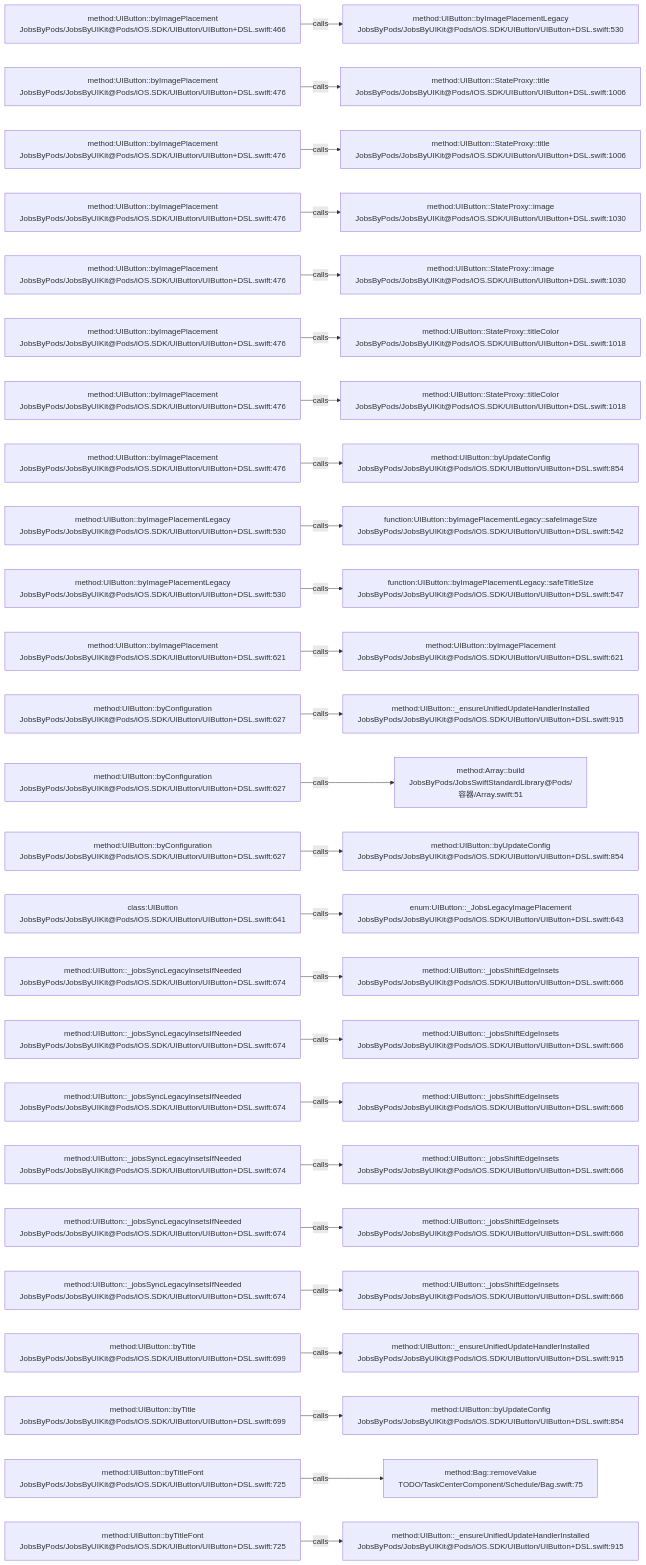
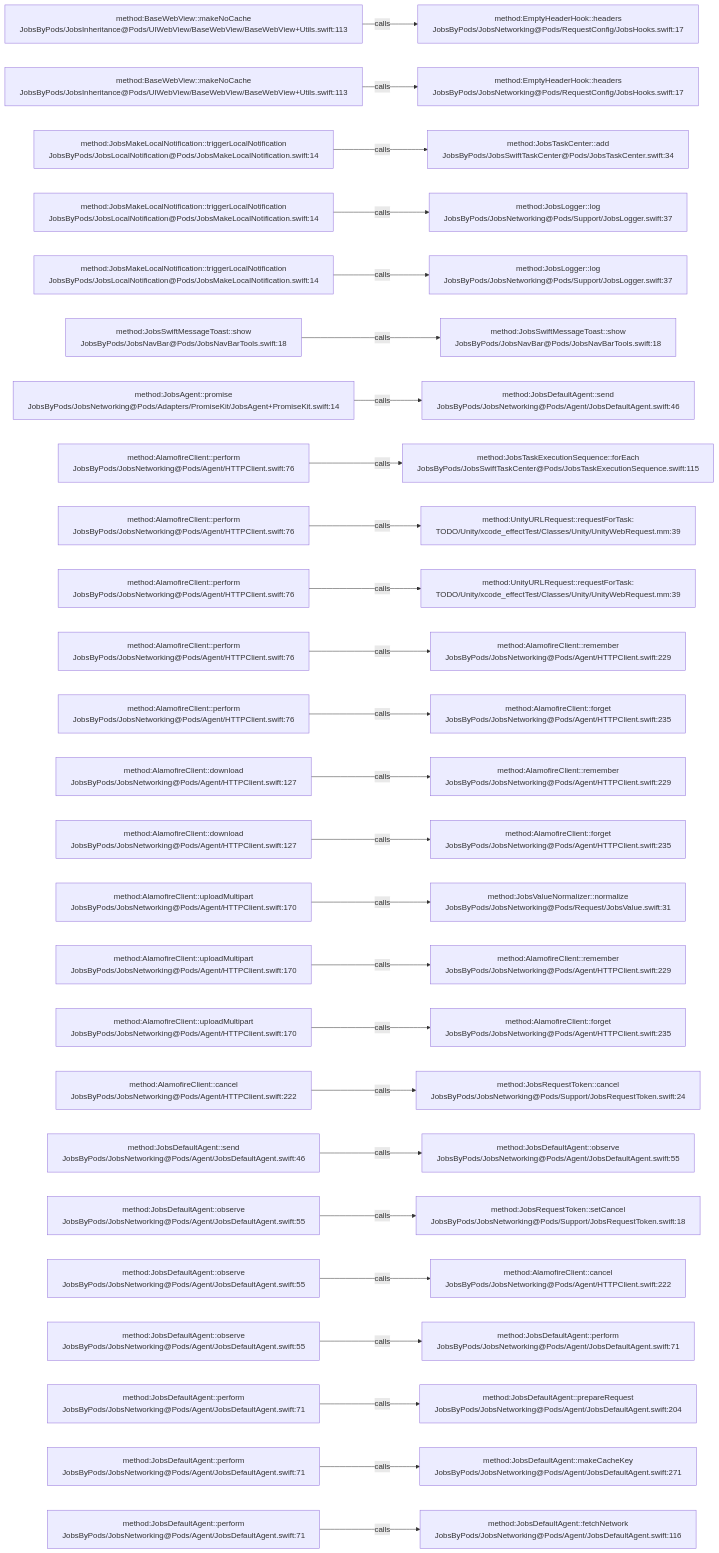
One commit to JobsKits/JobsSwiftBaseConfigDemo changed the diagram in .codegraph/codegraph.md/graphs/calls-036.md. Above: the diagram before and after it, drawn with Mermaid. The commit also changed 569 other files, not shown here.

````diff
--- a/.codegraph/codegraph.md/graphs/calls-036.md
+++ b/.codegraph/codegraph.md/graphs/calls-036.md
@@ -13,78 +13,78 @@
 ```mermaid
 flowchart LR
-  S1["method:UIButton::byImagePlacement<br/>JobsByPods/JobsByUIKit@Pods/iOS.SDK/UIButton/UIButton+DSL.swift:466"]
-  T1["method:UIButton::byImagePlacementLegacy<br/>JobsByPods/JobsByUIKit@Pods/iOS.SDK/UIButton/UIButton+DSL.swift:530"]
+  S1["method:BaseWebView::makeNoCache<br/>JobsByPods/JobsInheritance@Pods/UIWebView/BaseWebView/BaseWebView+Utils.swift:113"]
+  T1["method:EmptyHeaderHook::headers<br/>JobsByPods/JobsNetworking@Pods/RequestConfig/JobsHooks.swift:17"]
   S1 -->|calls| T1
-  S2["method:UIButton::byImagePlacement<br/>JobsByPods/JobsByUIKit@Pods/iOS.SDK/UIButton/UIButton+DSL.swift:476"]
-  T2["method:UIButton::StateProxy::title<br/>JobsByPods/JobsByUIKit@Pods/iOS.SDK/UIButton/UIButton+DSL.swift:1006"]
+  S2["method:BaseWebView::makeNoCache<br/>JobsByPods/JobsInheritance@Pods/UIWebView/BaseWebView/BaseWebView+Utils.swift:113"]
+  T2["method:EmptyHeaderHook::headers<br/>JobsByPods/JobsNetworking@Pods/RequestConfig/JobsHooks.swift:17"]
   S2 -->|calls| T2
-  S3["method:UIButton::byImagePlacement<br/>JobsByPods/JobsByUIKit@Pods/iOS.SDK/UIButton/UIButton+DSL.swift:476"]
-  T3["method:UIButton::StateProxy::title<br/>JobsByPods/JobsByUIKit@Pods/iOS.SDK/UIButton/UIButton+DSL.swift:1006"]
+  S3["method:JobsMakeLocalNotification::triggerLocalNotification<br/>JobsByPods/JobsLocalNotification@Pods/JobsMakeLocalNotification.swift:14"]
+  T3["method:JobsTaskCenter::add<br/>JobsByPods/JobsSwiftTaskCenter@Pods/JobsTaskCenter.swift:34"]
   S3 -->|calls| T3
-  S4["method:UIButton::byImagePlacement<br/>JobsByPods/JobsByUIKit@Pods/iOS.SDK/UIButton/UIButton+DSL.swift:476"]
-  T4["method:UIButton::StateProxy::image<br/>JobsByPods/JobsByUIKit@Pods/iOS.SDK/UIButton/UIButton+DSL.swift:1030"]
+  S4["method:JobsMakeLocalNotification::triggerLocalNotification<br/>JobsByPods/JobsLocalNotification@Pods/JobsMakeLocalNotification.swift:14"]
+  T4["method:JobsLogger::log<br/>JobsByPods/JobsNetworking@Pods/Support/JobsLogger.swift:37"]
   S4 -->|calls| T4
-  S5["method:UIButton::byImagePlacement<br/>JobsByPods/JobsByUIKit@Pods/iOS.SDK/UIButton/UIButton+DSL.swift:476"]
-  T5["method:UIButton::StateProxy::image<br/>JobsByPods/JobsByUIKit@Pods/iOS.SDK/UIButton/UIButton+DSL.swift:1030"]
+  S5["method:JobsMakeLocalNotification::triggerLocalNotification<br/>JobsByPods/JobsLocalNotification@Pods/JobsMakeLocalNotification.swift:14"]
+  T5["method:JobsLogger::log<br/>JobsByPods/JobsNetworking@Pods/Support/JobsLogger.swift:37"]
   S5 -->|calls| T5
-  S6["method:UIButton::byImagePlacement<br/>JobsByPods/JobsByUIKit@Pods/iOS.SDK/UIButton/UIButton+DSL.swift:476"]
-  T6["method:UIButton::StateProxy::titleColor<br/>JobsByPods/JobsByUIKit@Pods/iOS.SDK/UIButton/UIButton+DSL.swift:1018"]
+  S6["method:JobsSwiftMessageToast::show<br/>JobsByPods/JobsNavBar@Pods/JobsNavBarTools.swift:18"]
+  T6["method:JobsSwiftMessageToast::show<br/>JobsByPods/JobsNavBar@Pods/JobsNavBarTools.swift:18"]
   S6 -->|calls| T6
-  S7["method:UIButton::byImagePlacement<br/>JobsByPods/JobsByUIKit@Pods/iOS.SDK/UIButton/UIButton+DSL.swift:476"]
-  T7["method:UIButton::StateProxy::titleColor<br/>JobsByPods/JobsByUIKit@Pods/iOS.SDK/UIButton/UIButton+DSL.swift:1018"]
+  S7["method:JobsAgent::promise<br/>JobsByPods/JobsNetworking@Pods/Adapters/PromiseKit/JobsAgent+PromiseKit.swift:14"]
+  T7["method:JobsDefaultAgent::send<br/>JobsByPods/JobsNetworking@Pods/Agent/JobsDefaultAgent.swift:46"]
   S7 -->|calls| T7
-  S8["method:UIButton::byImagePlacement<br/>JobsByPods/JobsByUIKit@Pods/iOS.SDK/UIButton/UIButton+DSL.swift:476"]
-  T8["method:UIButton::byUpdateConfig<br/>JobsByPods/JobsByUIKit@Pods/iOS.SDK/UIButton/UIButton+DSL.swift:854"]
+  S8["method:AlamofireClient::perform<br/>JobsByPods/JobsNetworking@Pods/Agent/HTTPClient.swift:76"]
+  T8["method:JobsTaskExecutionSequence::forEach<br/>JobsByPods/JobsSwiftTaskCenter@Pods/JobsTaskExecutionSequence.swift:115"]
   S8 -->|calls| T8
-  S9["method:UIButton::byImagePlacementLegacy<br/>JobsByPods/JobsByUIKit@Pods/iOS.SDK/UIButton/UIButton+DSL.swift:530"]
-  T9["function:UIButton::byImagePlacementLegacy::safeImageSize<br/>JobsByPods/JobsByUIKit@Pods/iOS.SDK/UIButton/UIButton+DSL.swift:542"]
+  S9["method:AlamofireClient::perform<br/>JobsByPods/JobsNetworking@Pods/Agent/HTTPClient.swift:76"]
+  T9["method:UnityURLRequest::requestForTask:<br/>TODO/Unity/xcode_effectTest/Classes/Unity/UnityWebRequest.mm:39"]
   S9 -->|calls| T9
-  S10["method:UIButton::byImagePlacementLegacy<br/>JobsByPods/JobsByUIKit@Pods/iOS.SDK/UIButton/UIButton+DSL.swift:530"]
-  T10["function:UIButton::byImagePlacementLegacy::safeTitleSize<br/>JobsByPods/JobsByUIKit@Pods/iOS.SDK/UIButton/UIButton+DSL.swift:547"]
+  S10["method:AlamofireClient::perform<br/>JobsByPods/JobsNetworking@Pods/Agent/HTTPClient.swift:76"]
+  T10["method:UnityURLRequest::requestForTask:<br/>TODO/Unity/xcode_effectTest/Classes/Unity/UnityWebRequest.mm:39"]
   S10 -->|calls| T10
-  S11["method:UIButton::byImagePlacement<br/>JobsByPods/JobsByUIKit@Pods/iOS.SDK/UIButton/UIButton+DSL.swift:621"]
-  T11["method:UIButton::byImagePlacement<br/>JobsByPods/JobsByUIKit@Pods/iOS.SDK/UIButton/UIButton+DSL.swift:621"]
+  S11["method:AlamofireClient::perform<br/>JobsByPods/JobsNetworking@Pods/Agent/HTTPClient.swift:76"]
+  T11["method:AlamofireClient::remember<br/>JobsByPods/JobsNetworking@Pods/Agent/HTTPClient.swift:229"]
   S11 -->|calls| T11
-  S12["method:UIButton::byConfiguration<br/>JobsByPods/JobsByUIKit@Pods/iOS.SDK/UIButton/UIButton+DSL.swift:627"]
-  T12["method:UIButton::_ensureUnifiedUpdateHandlerInstalled<br/>JobsByPods/JobsByUIKit@Pods/iOS.SDK/UIButton/UIButton+DSL.swift:915"]
+  S12["method:AlamofireClient::perform<br/>JobsByPods/JobsNetworking@Pods/Agent/HTTPClient.swift:76"]
+  T12["method:AlamofireClient::forget<br/>JobsByPods/JobsNetworking@Pods/Agent/HTTPClient.swift:235"]
   S12 -->|calls| T12
-  S13["method:UIButton::byConfiguration<br/>JobsByPods/JobsByUIKit@Pods/iOS.SDK/UIButton/UIButton+DSL.swift:627"]
-  T13["method:Array::build<br/>JobsByPods/JobsSwiftStandardLibrary@Pods/容器/Array.swift:51"]
+  S13["method:AlamofireClient::download<br/>JobsByPods/JobsNetworking@Pods/Agent/HTTPClient.swift:127"]
+  T13["method:AlamofireClient::remember<br/>JobsByPods/JobsNetworking@Pods/Agent/HTTPClient.swift:229"]
   S13 -->|calls| T13
-  S14["method:UIButton::byConfiguration<br/>JobsByPods/JobsByUIKit@Pods/iOS.SDK/UIButton/UIButton+DSL.swift:627"]
-  T14["method:UIButton::byUpdateConfig<br/>JobsByPods/JobsByUIKit@Pods/iOS.SDK/UIButton/UIButton+DSL.swift:854"]
+  S14["method:AlamofireClient::download<br/>JobsByPods/JobsNetworking@Pods/Agent/HTTPClient.swift:127"]
+  T14["method:AlamofireClient::forget<br/>JobsByPods/JobsNetworking@Pods/Agent/HTTPClient.swift:235"]
   S14 -->|calls| T14
-  S15["class:UIButton<br/>JobsByPods/JobsByUIKit@Pods/iOS.SDK/UIButton/UIButton+DSL.swift:641"]
-  T15["enum:UIButton::_JobsLegacyImagePlacement<br/>JobsByPods/JobsByUIKit@Pods/iOS.SDK/UIButton/UIButton+DSL.swift:643"]
+  S15["method:AlamofireClient::uploadMultipart<br/>JobsByPods/JobsNetworking@Pods/Agent/HTTPClient.swift:170"]
+  T15["method:JobsValueNormalizer::normalize<br/>JobsByPods/JobsNetworking@Pods/Request/JobsValue.swift:31"]
   S15 -->|calls| T15
-  S16["method:UIButton::_jobsSyncLegacyInsetsIfNeeded<br/>JobsByPods/JobsByUIKit@Pods/iOS.SDK/UIButton/UIButton+DSL.swift:674"]
-  T16["method:UIButton::_jobsShiftEdgeInsets<br/>JobsByPods/JobsByUIKit@Pods/iOS.SDK/UIButton/UIButton+DSL.swift:666"]
+  S16["method:AlamofireClient::uploadMultipart<br/>JobsByPods/JobsNetworking@Pods/Agent/HTTPClient.swift:170"]
+  T16["method:AlamofireClient::remember<br/>JobsByPods/JobsNetworking@Pods/Agent/HTTPClient.swift:229"]
   S16 -->|calls| T16
-  S17["method:UIButton::_jobsSyncLegacyInsetsIfNeeded<br/>JobsByPods/JobsByUIKit@Pods/iOS.SDK/UIButton/UIButton+DSL.swift:674"]
-  T17["method:UIButton::_jobsShiftEdgeInsets<br/>JobsByPods/JobsByUIKit@Pods/iOS.SDK/UIButton/UIButton+DSL.swift:666"]
+  S17["method:AlamofireClient::uploadMultipart<br/>JobsByPods/JobsNetworking@Pods/Agent/HTTPClient.swift:170"]
+  T17["method:AlamofireClient::forget<br/>JobsByPods/JobsNetworking@Pods/Agent/HTTPClient.swift:235"]
   S17 -->|calls| T17
-  S18["method:UIButton::_jobsSyncLegacyInsetsIfNeeded<br/>JobsByPods/JobsByUIKit@Pods/iOS.SDK/UIButton/UIButton+DSL.swift:674"]
-  T18["method:UIButton::_jobsShiftEdgeInsets<br/>JobsByPods/JobsByUIKit@Pods/iOS.SDK/UIButton/UIButton+DSL.swift:666"]
+  S18["method:AlamofireClient::cancel<br/>JobsByPods/JobsNetworking@Pods/Agent/HTTPClient.swift:222"]
+  T18["method:JobsRequestToken::cancel<br/>JobsByPods/JobsNetworking@Pods/Support/JobsRequestToken.swift:24"]
   S18 -->|calls| T18
-  S19["method:UIButton::_jobsSyncLegacyInsetsIfNeeded<br/>JobsByPods/JobsByUIKit@Pods/iOS.SDK/UIButton/UIButton+DSL.swift:674"]
-  T19["method:UIButton::_jobsShiftEdgeInsets<br/>JobsByPods/JobsByUIKit@Pods/iOS.SDK/UIButton/UIButton+DSL.swift:666"]
+  S19["method:JobsDefaultAgent::send<br/>JobsByPods/JobsNetworking@Pods/Agent/JobsDefaultAgent.swift:46"]
+  T19["method:JobsDefaultAgent::observe<br/>JobsByPods/JobsNetworking@Pods/Agent/JobsDefaultAgent.swift:55"]
   S19 -->|calls| T19
-  S20["method:UIButton::_jobsSyncLegacyInsetsIfNeeded<br/>JobsByPods/JobsByUIKit@Pods/iOS.SDK/UIButton/UIButton+DSL.swift:674"]
-  T20["method:UIButton::_jobsShiftEdgeInsets<br/>JobsByPods/JobsByUIKit@Pods/iOS.SDK/UIButton/UIButton+DSL.swift:666"]
+  S20["method:JobsDefaultAgent::observe<br/>JobsByPods/JobsNetworking@Pods/Agent/JobsDefaultAgent.swift:55"]
+  T20["method:JobsRequestToken::setCancel<br/>JobsByPods/JobsNetworking@Pods/Support/JobsRequestToken.swift:18"]
   S20 -->|calls| T20
-  S21["method:UIButton::_jobsSyncLegacyInsetsIfNeeded<br/>JobsByPods/JobsByUIKit@Pods/iOS.SDK/UIButton/UIButton+DSL.swift:674"]
-  T21["method:UIButton::_jobsShiftEdgeInsets<br/>JobsByPods/JobsByUIKit@Pods/iOS.SDK/UIButton/UIButton+DSL.swift:666"]
+  S21["method:JobsDefaultAgent::observe<br/>JobsByPods/JobsNetworking@Pods/Agent/JobsDefaultAgent.swift:55"]
+  T21["method:AlamofireClient::cancel<br/>JobsByPods/JobsNetworking@Pods/Agent/HTTPClient.swift:222"]
   S21 -->|calls| T21
-  S22["method:UIButton::byTitle<br/>JobsByPods/JobsByUIKit@Pods/iOS.SDK/UIButton/UIButton+DSL.swift:699"]
-  T22["method:UIButton::_ensureUnifiedUpdateHandlerInstalled<br/>JobsByPods/JobsByUIKit@Pods/iOS.SDK/UIButton/UIButton+DSL.swift:915"]
+  S22["method:JobsDefaultAgent::observe<br/>JobsByPods/JobsNetworking@Pods/Agent/JobsDefaultAgent.swift:55"]
+  T22["method:JobsDefaultAgent::perform<br/>JobsByPods/JobsNetworking@Pods/Agent/JobsDefaultAgent.swift:71"]
   S22 -->|calls| T22
-  S23["method:UIButton::byTitle<br/>JobsByPods/JobsByUIKit@Pods/iOS.SDK/UIButton/UIButton+DSL.swift:699"]
-  T23["method:UIButton::byUpdateConfig<br/>JobsByPods/JobsByUIKit@Pods/iOS.SDK/UIButton/UIButton+DSL.swift:854"]
+  S23["method:JobsDefaultAgent::perform<br/>JobsByPods/JobsNetworking@Pods/Agent/JobsDefaultAgent.swift:71"]
+  T23["method:JobsDefaultAgent::prepareRequest<br/>JobsByPods/JobsNetworking@Pods/Agent/JobsDefaultAgent.swift:204"]
   S23 -->|calls| T23
-  S24["method:UIButton::byTitleFont<br/>JobsByPods/JobsByUIKit@Pods/iOS.SDK/UIButton/UIButton+DSL.swift:725"]
-  T24["method:Bag::removeValue<br/>TODO/TaskCenterComponent/Schedule/Bag.swift:75"]
+  S24["method:JobsDefaultAgent::perform<br/>JobsByPods/JobsNetworking@Pods/Agent/JobsDefaultAgent.swift:71"]
+  T24["method:JobsDefaultAgent::makeCacheKey<br/>JobsByPods/JobsNetworking@Pods/Agent/JobsDefaultAgent.swift:271"]
   S24 -->|calls| T24
-  S25["method:UIButton::byTitleFont<br/>JobsByPods/JobsByUIKit@Pods/iOS.SDK/UIButton/UIButton+DSL.swift:725"]
-  T25["method:UIButton::_ensureUnifiedUpdateHandlerInstalled<br/>JobsByPods/JobsByUIKit@Pods/iOS.SDK/UIButton/UIButton+DSL.swift:915"]
+  S25["method:JobsDefaultAgent::perform<br/>JobsByPods/JobsNetworking@Pods/Agent/JobsDefaultAgent.swift:71"]
+  T25["method:JobsDefaultAgent::fetchNetwork<br/>JobsByPods/JobsNetworking@Pods/Agent/JobsDefaultAgent.swift:116"]
   S25 -->|calls| T25
 ```
````
